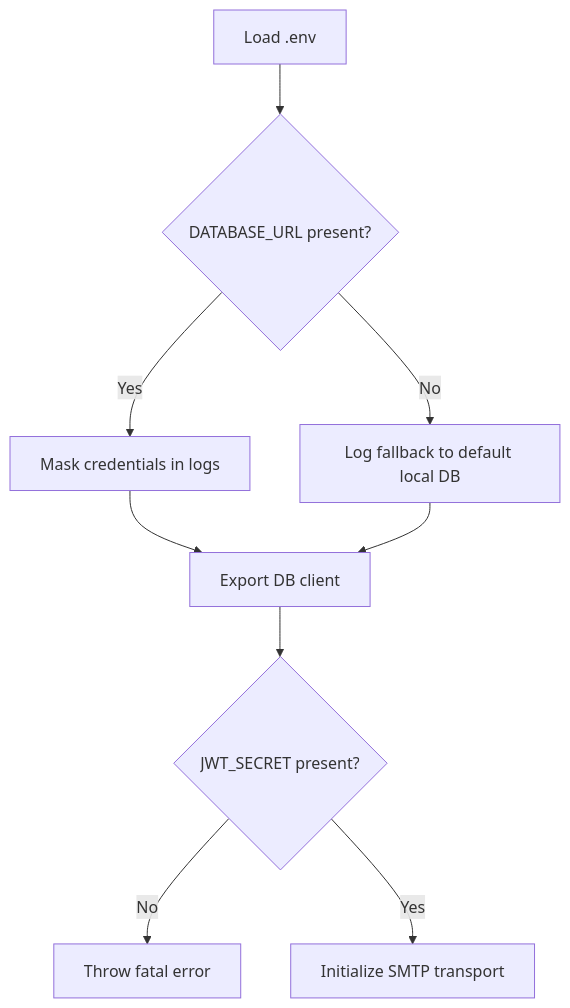
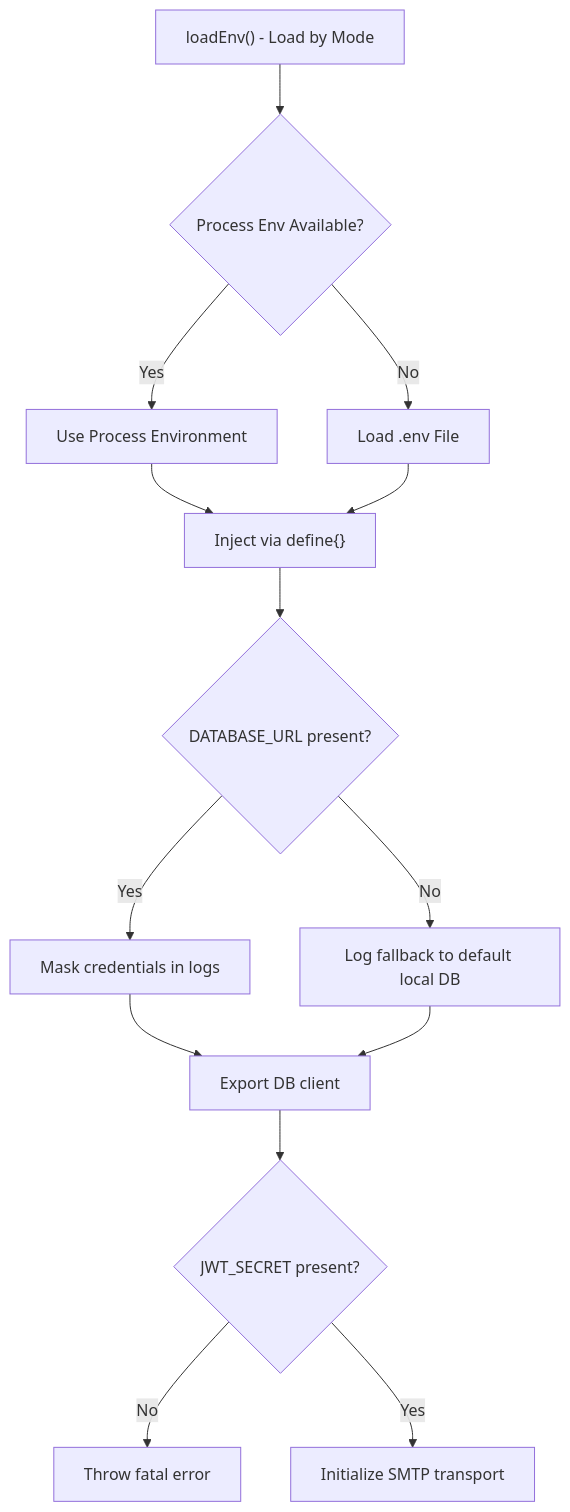
One commit to riod94/ngepos changed the fourth of 7 diagrams in .qoder/repowiki/en/content/Development Guidelines/Deployment Configuration.md. Above: the diagram before and after it, drawn with Mermaid. The commit also changed other lines of this file and 18 other files, not shown here.

````diff
--- a/.qoder/repowiki/en/content/Development Guidelines/Deployment Configuration.md
+++ b/.qoder/repowiki/en/content/Development Guidelines/Deployment Configuration.md
@@ -150,11 +168,16 @@
 ```mermaid
 flowchart TD
-EnvStart["Load .env"] --> DBCheck{"DATABASE_URL present?"}
+EnvStart["loadEnv() - Load by Mode"] --> CheckProc{"Process Env Available?"}
+CheckProc --> |Yes| UseProc["Use Process Environment"]
+CheckProc --> |No| LoadDotenv["Load .env File"]
+UseProc --> Inject["Inject via define{}"]
+LoadDotenv --> Inject
+Inject --> DBCheck{"DATABASE_URL present?"}
 DBCheck --> |No| LogFallback["Log fallback to default local DB"]
 DBCheck --> |Yes| Mask["Mask credentials in logs"]
 Mask --> Ready["Export DB client"]
 LogFallback --> Ready
 Ready --> AuthCheck{"JWT_SECRET present?"}
 AuthCheck --> |No| Fatal["Throw fatal error"]
 AuthCheck --> |Yes| SMTP["Initialize SMTP transport"]
 ```
````
